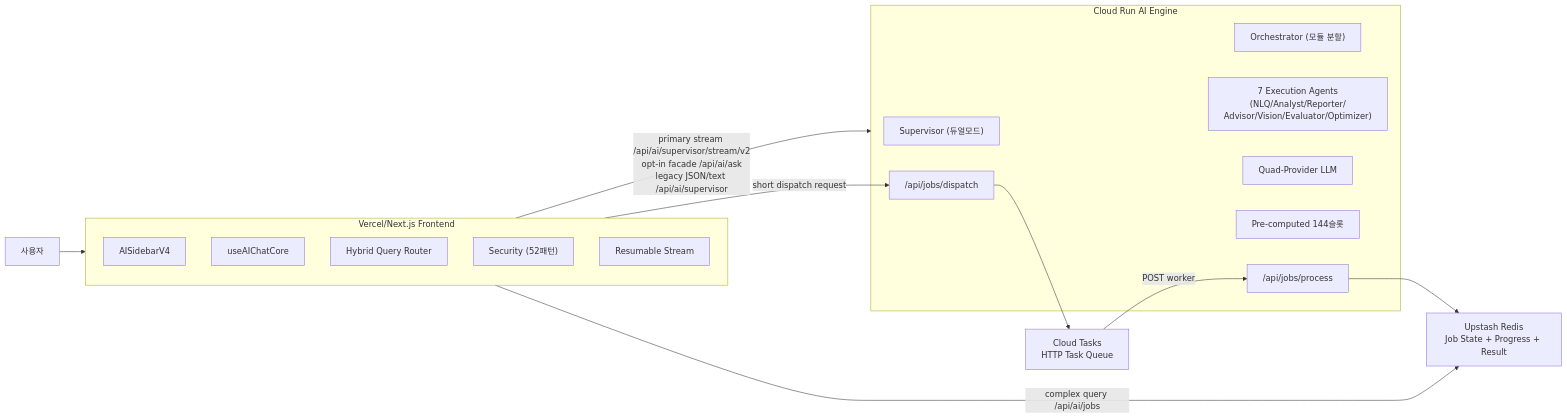
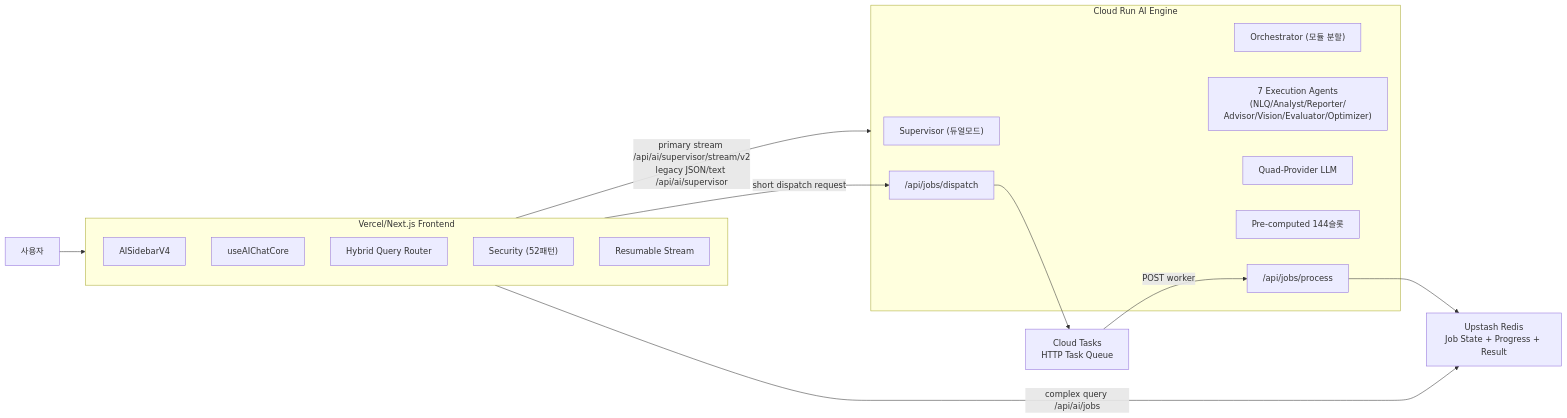
The diagram in docs/reference/architecture/ai/frontend-backend-comparison.md (skyasu2/openmanager-ai), drawn with Mermaid before and after one commit. The commit also changed other lines of this file and 8 other files, not shown here.

````diff
--- a/docs/reference/architecture/ai/frontend-backend-comparison.md
+++ b/docs/reference/architecture/ai/frontend-backend-comparison.md
@@ -21,32 +21,32 @@
 ```mermaid
 graph LR
     User["사용자"] --> Vercel
 
     subgraph Vercel["Vercel/Next.js Frontend"]
         UI["AISidebarV4"]
         Hook["useAIChatCore"]
         Router["Hybrid Query Router"]
         Security["Security (52패턴)"]
         Stream["Resumable Stream"]
     end
 
     subgraph CloudRun["Cloud Run AI Engine"]
         Supervisor["Supervisor (듀얼모드)"]
         Orchestrator["Orchestrator (모듈 분할)"]
         Agents["7 Execution Agents<br/>(NLQ/Analyst/Reporter/<br/>Advisor/Vision/Evaluator/Optimizer)"]
         Provider["Quad-Provider LLM"]
         PreComp["Pre-computed 144슬롯"]
         Dispatch["/api/jobs/dispatch"]
         Process["/api/jobs/process"]
     end
 
     Redis["Upstash Redis<br/>Job State + Progress + Result"]
     CloudTasks["Cloud Tasks<br/>HTTP Task Queue"]
 
-    Vercel -->|"primary stream /api/ai/supervisor/stream/v2\nopt-in facade /api/ai/ask\nlegacy JSON/text /api/ai/supervisor"| CloudRun
+    Vercel -->|"primary stream /api/ai/supervisor/stream/v2\nlegacy JSON/text /api/ai/supervisor"| CloudRun
     Vercel -->|"complex query /api/ai/jobs"| Redis
     Vercel -->|"short dispatch request"| Dispatch
     Dispatch --> CloudTasks
     CloudTasks -->|"POST worker"| Process
     Process --> Redis
 ```
````
